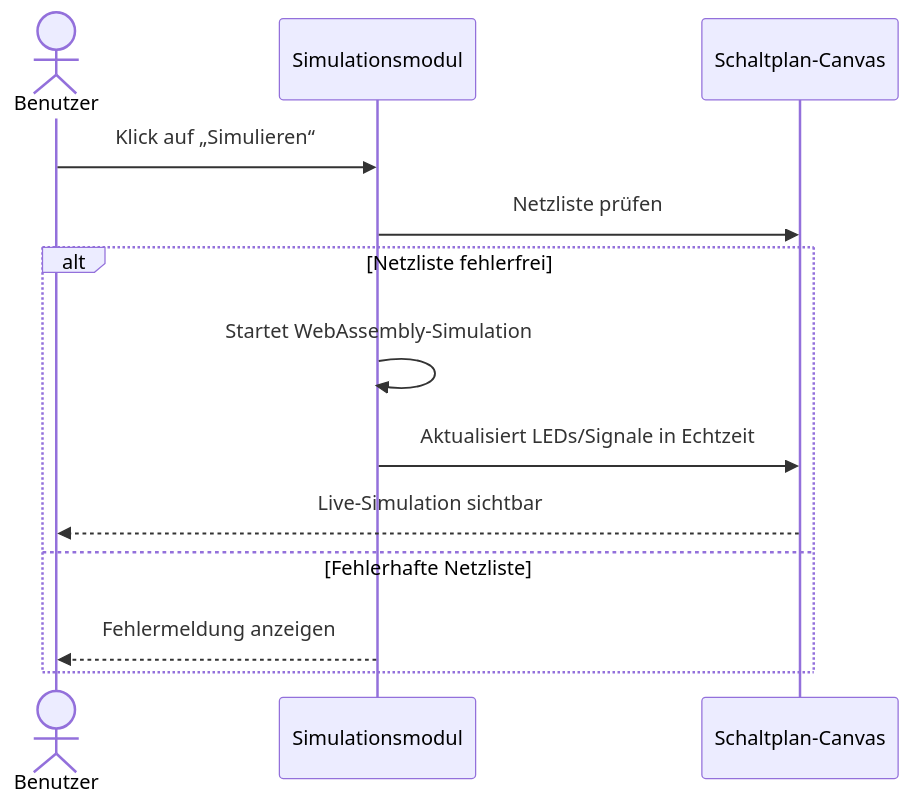
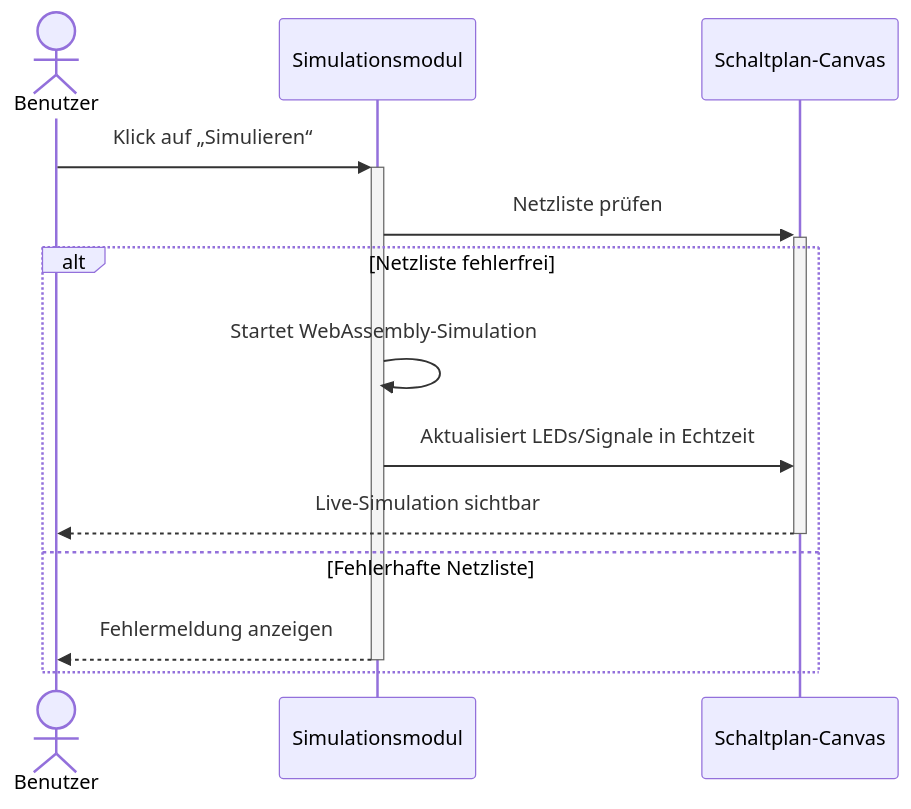
Diagram 13 of 22 in docs/use_cases/software_requirements_specification.md (SimonJ2222/BitFlow), drawn with Mermaid before and after one commit. The commit also changed other lines of this file, not shown here.

Commit message:
Added activations and deactivations to all Sequence Diagrams

````diff
--- a/docs/use_cases/software_requirements_specification.md
+++ b/docs/use_cases/software_requirements_specification.md
@@ -556,17 +564,17 @@
 ```mermaid
 sequenceDiagram
     actor Benutzer
     participant System as Simulationsmodul
     participant Canvas as Schaltplan-Canvas
 
-    Benutzer ->> System: Klick auf „Simulieren“
-    System ->> Canvas: Netzliste prüfen
+    Benutzer ->>+ System: Klick auf „Simulieren“
+    System ->>+ Canvas: Netzliste prüfen
     alt Netzliste fehlerfrei
         System ->> System: Startet WebAssembly-Simulation
         System ->> Canvas: Aktualisiert LEDs/Signale in Echtzeit
-        Canvas -->> Benutzer: Live-Simulation sichtbar
+        Canvas -->>- Benutzer: Live-Simulation sichtbar
     else Fehlerhafte Netzliste
-        System -->> Benutzer: Fehlermeldung anzeigen
+        System -->>- Benutzer: Fehlermeldung anzeigen
     end
 
 ```
````
